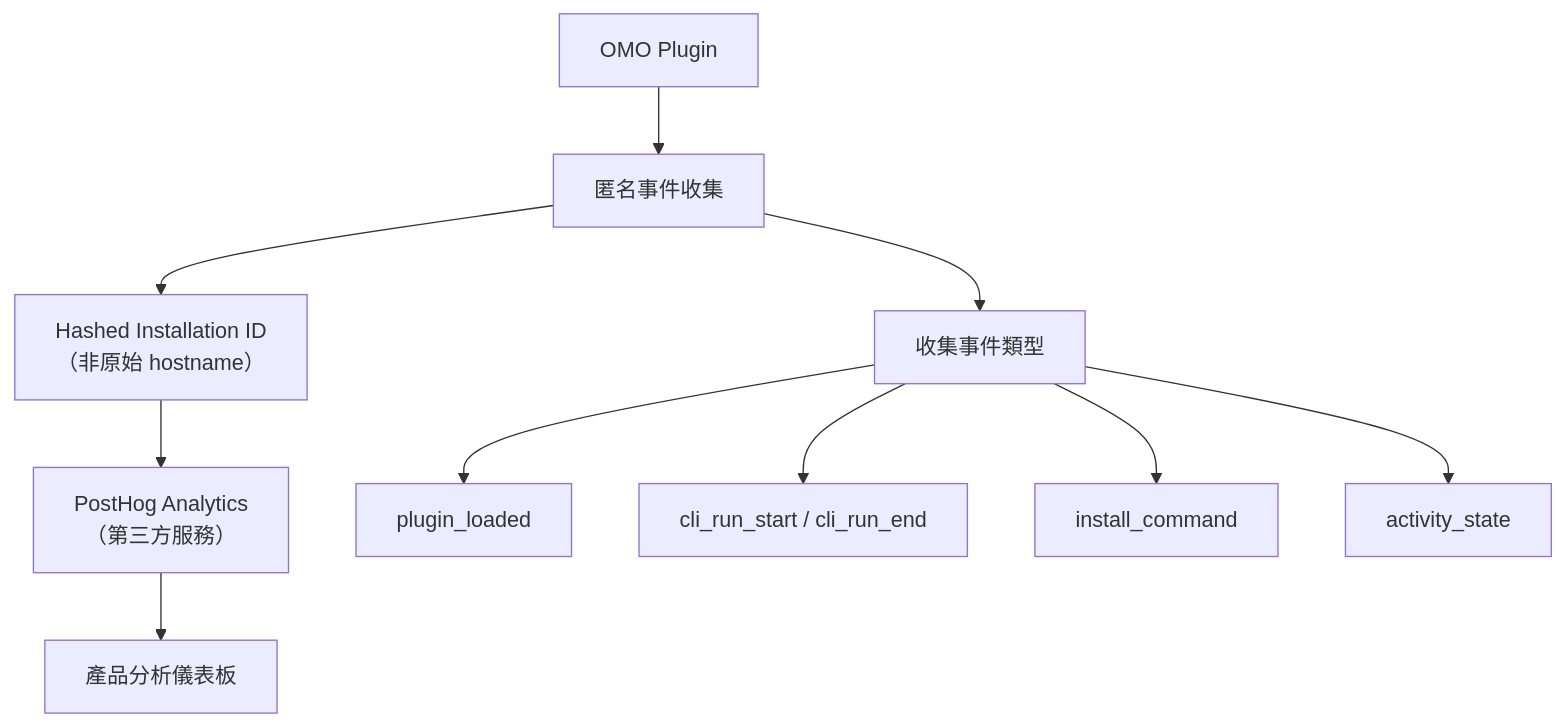
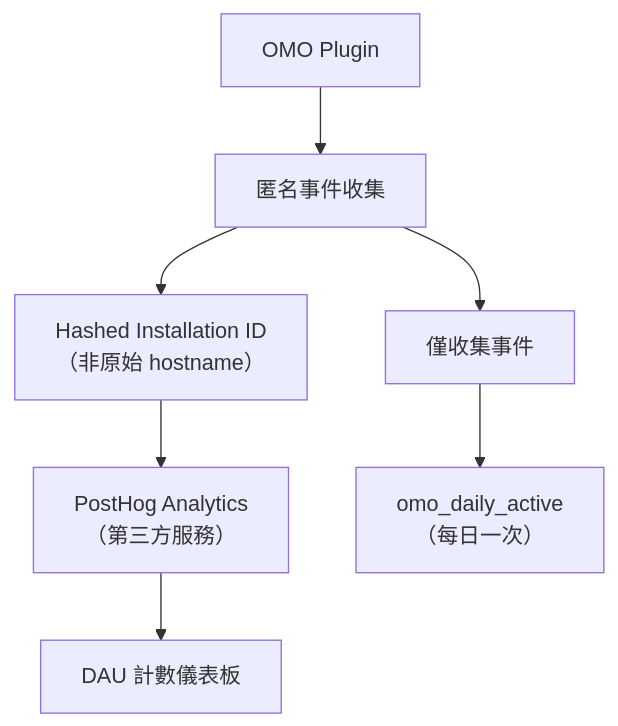
One commit to chihhung/Blog changed diagram 21 of 21 in content/posts/教學/AI開發/oh-my-openagent（Oh My OpenCode, OMO）教學手冊.md. Above: the diagram before and after it, drawn with Mermaid. The commit also changed other lines of this file and 5 other files, not shown here.

````diff
--- a/content/posts/教學/AI開發/oh-my-openagent（Oh My OpenCode, OMO）教學手冊.md
+++ b/content/posts/教學/AI開發/oh-my-openagent（Oh My OpenCode, OMO）教學手冊.md
@@ -2391,14 +2679,11 @@
 ```mermaid
 flowchart TD
     OMO["OMO Plugin"] --> Collect["匿名事件收集"]
     Collect --> Hash["Hashed Installation ID<br/>（非原始 hostname）"]
     Hash --> PostHog["PostHog Analytics<br/>（第三方服務）"]
     
-    Collect --> Events["收集事件類型"]
-    Events --> E1["plugin_loaded"]
-    Events --> E2["cli_run_start / cli_run_end"]
-    Events --> E3["install_command"]
-    Events --> E4["activity_state"]
+    Collect --> Events["僅收集事件"]
+    Events --> E1["omo_daily_active<br/>（每日一次）"]
     
-    PostHog --> Dashboard["產品分析儀表板"]
+    PostHog --> Dashboard["DAU 計數儀表板"]
 ```
````
